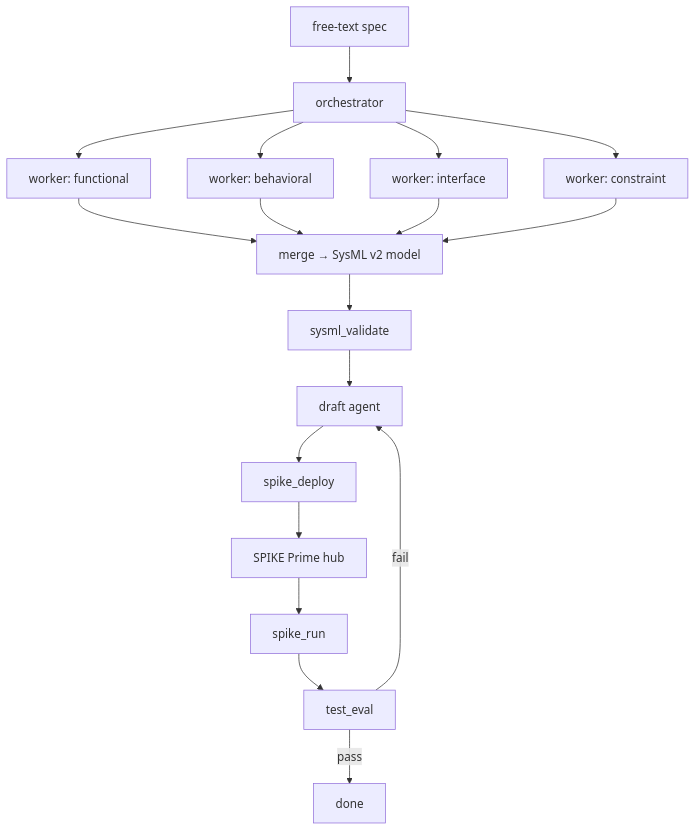
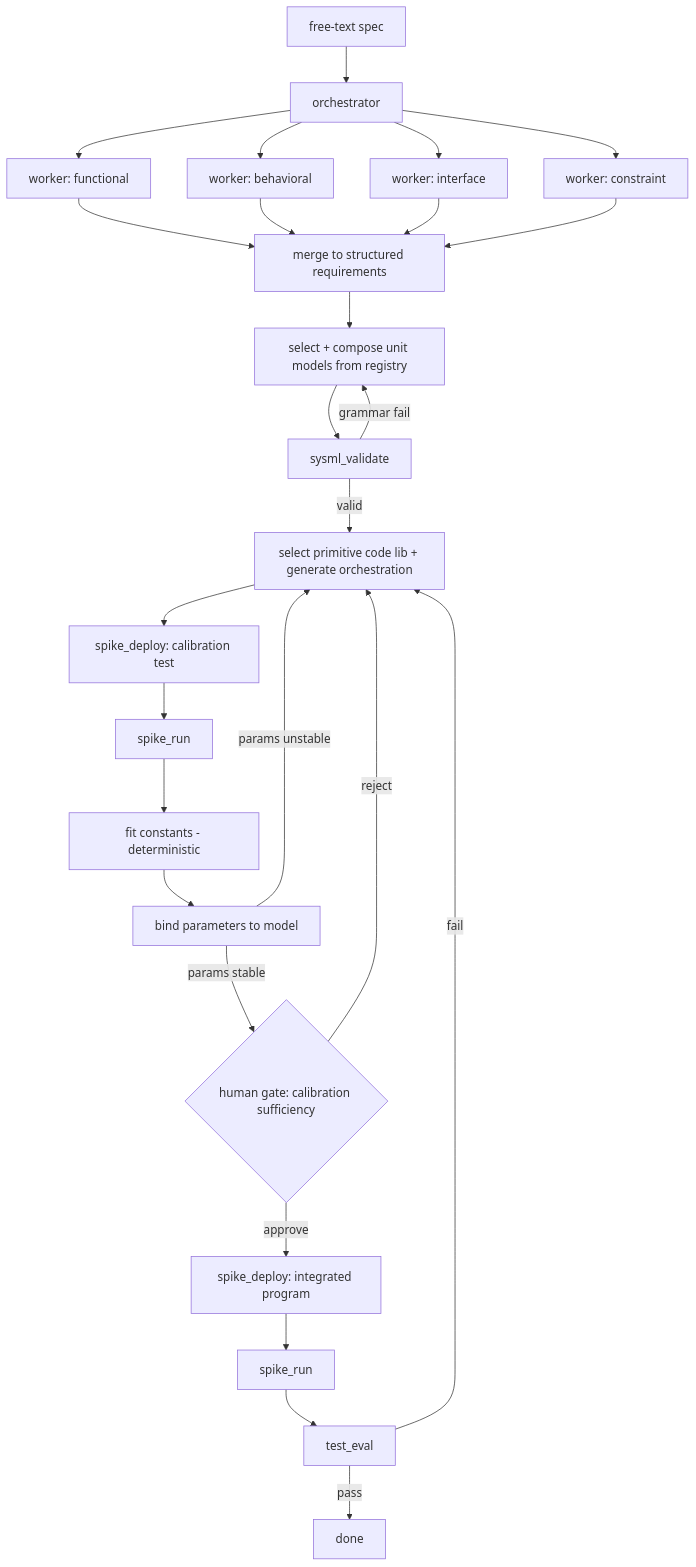
The diagram in docs/architecture.md (jarretmorton/Spike-SysML), drawn with Mermaid before and after one commit. The commit also changed other lines of this file and 1 other file, not shown here.

Commit message:
Updated architecture to detail out left side of flow

````diff
--- a/docs/architecture.md
+++ b/docs/architecture.md
@@ -16,20 +25,31 @@
 ```mermaid
 flowchart TD
     A[free-text spec] --> B[orchestrator]
     B --> W1[worker: functional]
     B --> W2[worker: behavioral]
     B --> W3[worker: interface]
     B --> W4[worker: constraint]
-    W1 --> M[merge → SysML v2 model]
-    W2 --> M
-    W3 --> M
-    W4 --> M
-    M --> V[sysml_validate]
-    V --> D[draft agent]
-    D --> DEP[spike_deploy]
-    DEP --> H[SPIKE Prime hub]
-    H --> R[spike_run]
-    R --> E[test_eval]
+    W1 --> RQ[merge to structured requirements]
+    W2 --> RQ
+    W3 --> RQ
+    W4 --> RQ
+ 
+    RQ --> SEL[select + compose unit models from registry]
+    SEL --> V[sysml_validate]
+    V -->|grammar fail| SEL
+    V -->|valid| CODE[select primitive code lib + generate orchestration]
+ 
+    CODE --> CDEP[spike_deploy: calibration test]
+    CDEP --> CRUN[spike_run]
+    CRUN --> FIT[fit constants - deterministic]
+    FIT --> BIND[bind parameters to model]
+    BIND -->|params unstable| CODE
+    BIND -->|params stable| GATE{human gate: calibration sufficiency}
+ 
+    GATE -->|reject| CODE
+    GATE -->|approve| IDEP[spike_deploy: integrated program]
+    IDEP --> IRUN[spike_run]
+    IRUN --> E[test_eval]
+    E -->|fail| CODE
     E -->|pass| DONE[done]
-    E -->|fail| D
 ```
````
